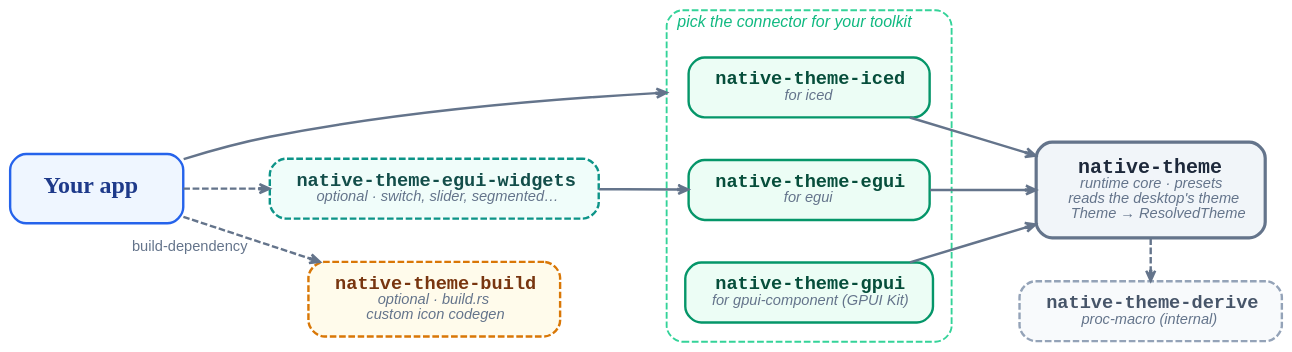
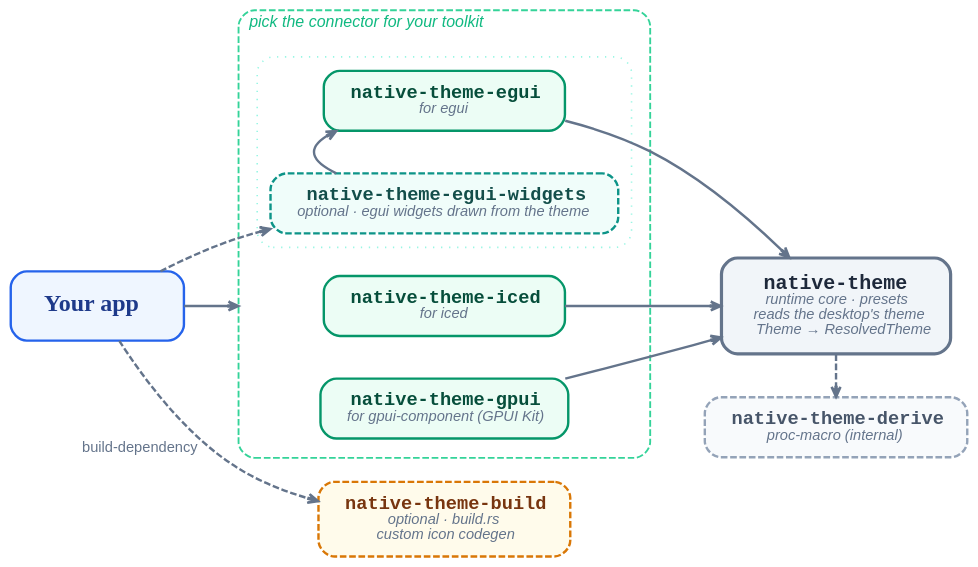
The diagram in docs/assets/crate-relations.dot (tiborgats/native-theme), drawn with Graphviz before and after one commit. The commit also changed 1 other file, not shown here.

Commit message:
docs(assets): the egui widgets crate sits inside the connector group, paired with the egui connector it extends, not beside the group like a fourth path

```diff
--- a/docs/assets/crate-relations.dot
+++ b/docs/assets/crate-relations.dot
@@ -1,91 +1,97 @@
 // native-theme workspace — crate relations
 //
 // Rendered by ./scripts/generate_diagrams.sh (Graphviz `dot -Tsvg`, plus an
 // embedded subset of "Fuzzy Bubbles" for the "Your app" label).
 //
 // Palette: blue = the application, emerald = connectors (pick one), teal =
-// optional companion widgets, slate = the runtime core and its internal
+// the egui connector's optional companion widgets (inside the egui choice), slate = the runtime core and its internal
 // proc-macro, amber = the optional build-time code generator. Crate names
 // are monospace bold; the line under each says what it is for. No toolkit
 // versions appear here: they live in each connector's README, where a test
 // keeps them true.
 //
 // Edges point from a crate to what it depends on; dashed means optional.
 
 digraph crate_relations {
     rankdir=LR;
     bgcolor="transparent";
     pad=0.35;
     nodesep=0.45;
     ranksep=0.9;
     splines=spline;
     compound=true;
     newrank=true;
     fontname="sans-serif";
 
     node [shape=box, style="rounded,filled", fontname="sans-serif", fontsize=14,
           penwidth=1.8, margin="0.28,0.14"];
     edge [color="#64748b", fontname="sans-serif", fontsize=11, fontcolor="#64748b",
           penwidth=1.8, arrowsize=0.75, arrowhead=vee];
 
     // The application. "Fuzzy Bubbles" gives it a hand-drawn feel against the
     // clean typography of the crates.
     app [label=<<B>Your app</B>>, shape=box, style="rounded,filled",
          fontsize=18, fontname="Fuzzy Bubbles", margin="0.35,0.22",
          fillcolor="#eff6ff", color="#2563eb", fontcolor="#1e3a8a"];
 
     // Connectors: the application picks the one for its toolkit.
     subgraph cluster_connectors {
         label=<<FONT POINT-SIZE="12" COLOR="#10b981"><I>pick the connector for your toolkit</I></FONT>>;
         labeljust=l;
         style="rounded,dashed";
         color="#34d399";
         penwidth=1.4;
         margin=14;
 
         gpui [label=<<FONT FACE="monospace"><B>native-theme-gpui</B></FONT><BR/><FONT POINT-SIZE="11" COLOR="#64748b"><I>for gpui-component (GPUI Kit)</I></FONT>>,
               fillcolor="#ecfdf5", color="#059669", fontcolor="#064e3b"];
         iced [label=<<FONT FACE="monospace"><B>native-theme-iced</B></FONT><BR/><FONT POINT-SIZE="11" COLOR="#64748b"><I>for iced</I></FONT>>,
               fillcolor="#ecfdf5", color="#059669", fontcolor="#064e3b"];
-        egui [label=<<FONT FACE="monospace"><B>native-theme-egui</B></FONT><BR/><FONT POINT-SIZE="11" COLOR="#64748b"><I>for egui</I></FONT>>,
-              fillcolor="#ecfdf5", color="#059669", fontcolor="#064e3b"];
+        // The egui choice: the connector, and beside it the optional
+        // companion crate of widgets egui's own cannot draw from a theme.
+        subgraph cluster_egui {
+            label="";
+            style="rounded,dotted";
+            color="#99f6e4";
+            penwidth=1.2;
+            margin=10;
+
+            egui [label=<<FONT FACE="monospace"><B>native-theme-egui</B></FONT><BR/><FONT POINT-SIZE="11" COLOR="#64748b"><I>for egui</I></FONT>>,
+                  fillcolor="#ecfdf5", color="#059669", fontcolor="#064e3b"];
+            eguiw [label=<<FONT FACE="monospace"><B>native-theme-egui-widgets</B></FONT><BR/><FONT POINT-SIZE="11" COLOR="#64748b"><I>optional · egui widgets drawn from the theme</I></FONT>>,
+                   style="rounded,filled,dashed",
+                   fillcolor="#f0fdfa", color="#0d9488", fontcolor="#134e4a"];
+        }
     }
-
-    // Optional companion of the egui connector: widgets egui lacks, drawn
-    // from the theme.
-    eguiw [label=<<FONT FACE="monospace"><B>native-theme-egui-widgets</B></FONT><BR/><FONT POINT-SIZE="11" COLOR="#64748b"><I>optional · switch, slider, segmented…</I></FONT>>,
-           style="rounded,filled,dashed",
-           fillcolor="#f0fdfa", color="#0d9488", fontcolor="#134e4a"];
 
     // Runtime core.
     core [label=<<FONT FACE="monospace" POINT-SIZE="15"><B>native-theme</B></FONT><BR/><FONT POINT-SIZE="11" COLOR="#64748b"><I>runtime core · presets<BR/>reads the desktop's theme<BR/>Theme → ResolvedTheme</I></FONT>>,
           margin="0.34,0.16", penwidth=2.4,
           fillcolor="#f1f5f9", color="#64748b", fontcolor="#1e293b"];
 
     // Internal proc-macro of the core.
     derive [label=<<FONT FACE="monospace"><B>native-theme-derive</B></FONT><BR/><FONT POINT-SIZE="11" COLOR="#64748b"><I>proc-macro (internal)</I></FONT>>,
             style="rounded,filled,dashed",
             fillcolor="#f8fafc", color="#94a3b8", fontcolor="#475569"];
 
     // Optional build-time code generator for custom icon roles.
     build [label=<<FONT FACE="monospace"><B>native-theme-build</B></FONT><BR/><FONT POINT-SIZE="11" COLOR="#64748b"><I>optional · build.rs<BR/>custom icon codegen</I></FONT>>,
            style="rounded,filled,dashed",
            fillcolor="#fffbeb", color="#d97706", fontcolor="#78350f"];
 
-    // Columns: app | companion widgets, build | connectors | core, derive.
-    { rank=same; gpui -> iced -> egui [style=invis]; }
-    { rank=same; eguiw -> build [style=invis]; }
+    // Columns: app, build | connectors | core, derive.
+    { rank=same; gpui -> iced -> egui -> eguiw [style=invis]; }
     { rank=same; core; derive; }
 
-    app -> iced [lhead=cluster_connectors, minlen=2];
+    app -> iced [lhead=cluster_connectors];
     app -> eguiw [style=dashed];
     app -> build [style=dashed, xlabel="build-dependency"];
 
     eguiw -> egui;
 
     gpui -> core;
     iced -> core;
     egui -> core;
 
     core -> derive [style=dashed];
 }
```
